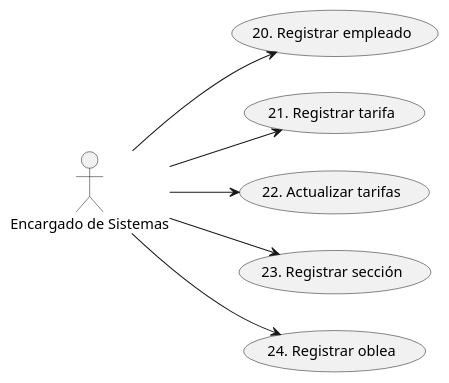
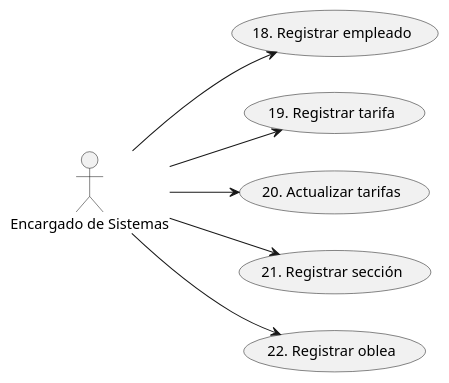
Before and after one commit to JulianFermani/TPI2024-CA13: the third of 3 diagrams in Diagramas.plantuml, drawn with PlantUML. The commit also changed other lines of this file, not shown here.

```diff
--- a/Diagramas.plantuml
+++ b/Diagramas.plantuml
@@ -225,9 +224,9 @@
 @startuml Diagrama_casos_de_uso_de_soporte
 left to right direction
 :Encargado de Sistemas: as IT
-IT --> (20. Registrar empleado)
-IT --> (21. Registrar tarifa)
-IT --> (22. Actualizar tarifas)
-IT --> (23. Registrar sección)
-IT --> (24. Registrar oblea)
+IT --> (18. Registrar empleado)
+IT --> (19. Registrar tarifa)
+IT --> (20. Actualizar tarifas)
+IT --> (21. Registrar sección)
+IT --> (22. Registrar oblea)
 @enduml
```
